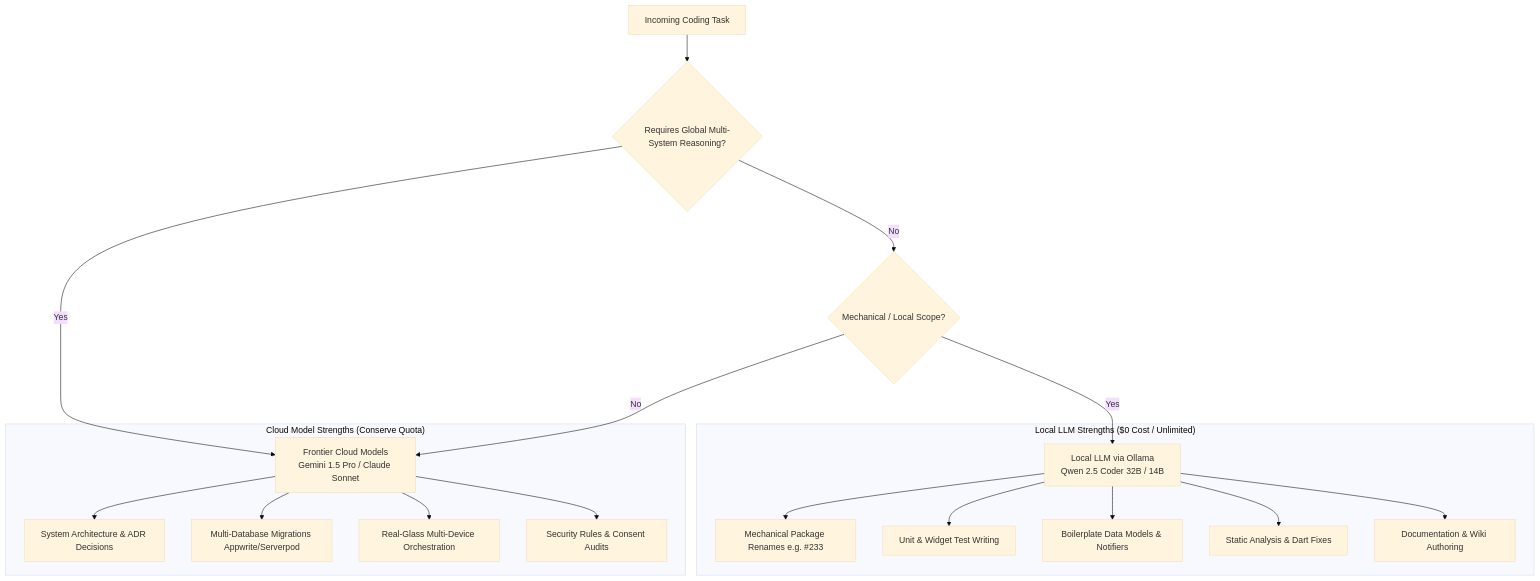
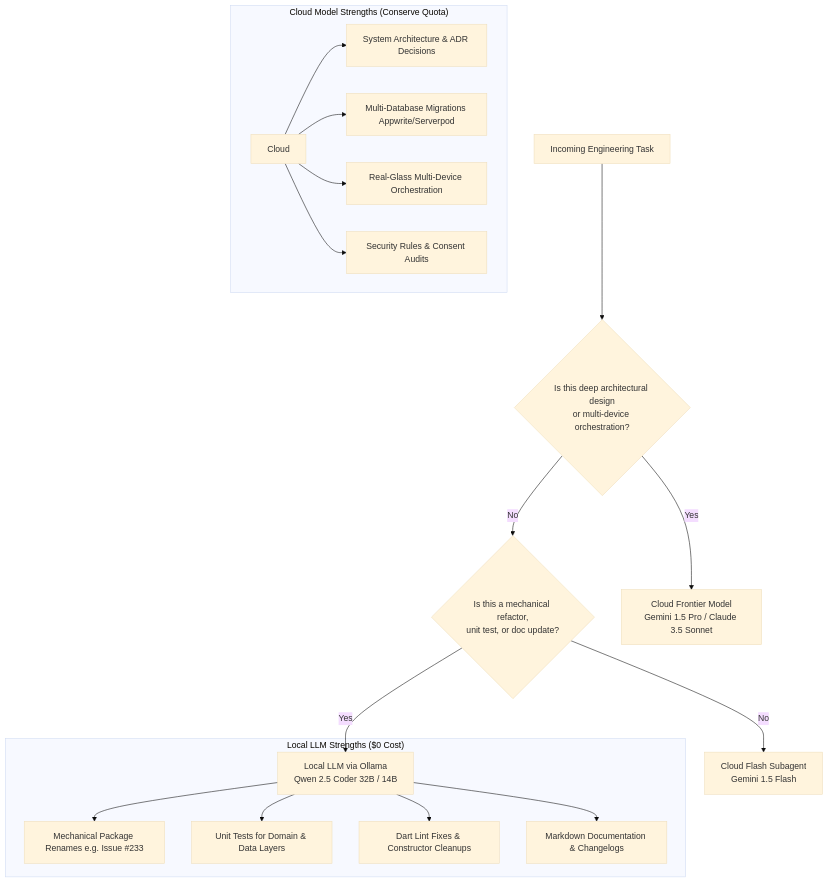
Before and after one commit to neiljaywarner/refuge: the diagram in docs/wiki/Local-LLMs-and-Token-Quota-Preservation.md, drawn with Mermaid (base theme). The commit also changed other lines of this file and 4 other files, not shown here.

Commit message:
feat(llm): local offline LLM setup phase 1 — Ollama installer, health check CLI & getting started guide (#271)

````diff
--- a/docs/wiki/Local-LLMs-and-Token-Quota-Preservation.md
+++ b/docs/wiki/Local-LLMs-and-Token-Quota-Preservation.md
@@ -44,23 +48,24 @@
 ```mermaid
 flowchart TD
-    Task[Incoming Coding Task] --> Decision{Requires Global Multi-System Reasoning?}
-    Decision -- Yes --> Cloud[Frontier Cloud Models\nGemini 1.5 Pro / Claude Sonnet]
-    Decision -- No --> Mechanical{Mechanical / Local Scope?}
+    Task[Incoming Engineering Task] --> Complexity{Is this deep architectural design\nor multi-device orchestration?}
+
+    Complexity -- No --> Mechanical{Is this a mechanical refactor,\nunit test, or doc update?}
     Mechanical -- Yes --> Local[Local LLM via Ollama\nQwen 2.5 Coder 32B / 14B]
-    Mechanical -- No --> Cloud
+    Mechanical -- No --> Subagent[Cloud Flash Subagent\nGemini 1.5 Flash]
 
-    subgraph "Local LLM Strengths ($0 Cost / Unlimited)"
-        Local --> T1[Mechanical Package Renames e.g. #233]
-        Local --> T2[Unit & Widget Test Writing]
-        Local --> T3[Boilerplate Data Models & Notifiers]
-        Local --> T4[Static Analysis & Dart Fixes]
-        Local --> T5[Documentation & Wiki Authoring]
+    Complexity -- Yes --> CloudLead[Cloud Frontier Model\nGemini 1.5 Pro / Claude 3.5 Sonnet]
+
+    subgraph "Local LLM Strengths ($0 Cost)"
+        Local --> L1[Mechanical Package Renames e.g. Issue #233]
+        Local --> L2[Unit Tests for Domain & Data Layers]
+        Local --> L3[Dart Lint Fixes & Constructor Cleanups]
+        Local --> L4[Markdown Documentation & Changelogs]
     end
 
     subgraph "Cloud Model Strengths (Conserve Quota)"
         Cloud --> C1[System Architecture & ADR Decisions]
         Cloud --> C2[Multi-Database Migrations Appwrite/Serverpod]
         Cloud --> C3[Real-Glass Multi-Device Orchestration]
         Cloud --> C4[Security Rules & Consent Audits]
     end
 ```
````
